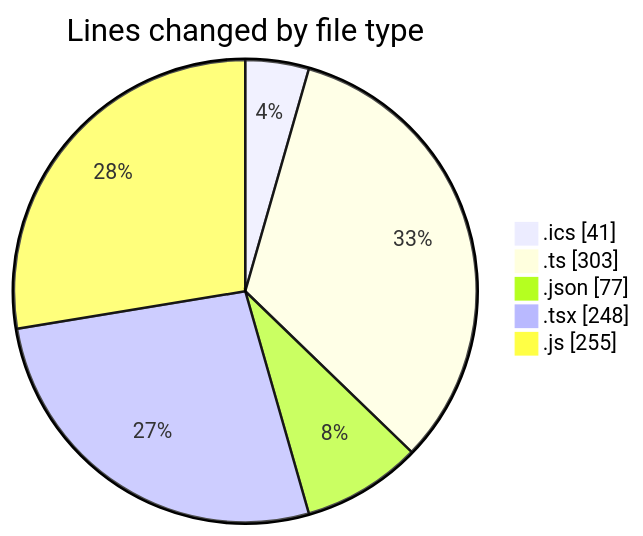
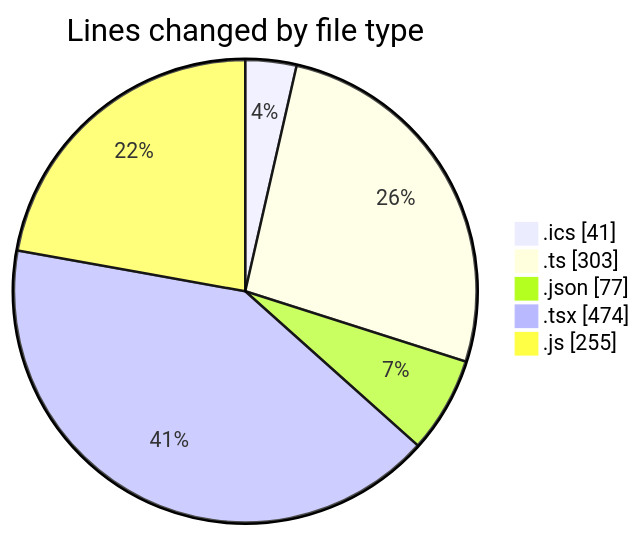
One commit to momahboobian/code-tracking changed the first of 2 diagrams in 2025-10-28/cda/README.md. Above: the diagram before and after it, drawn with Mermaid. The commit also changed other lines of this file and 1 other file, not shown here.

````diff
--- a/2025-10-28/cda/README.md
+++ b/2025-10-28/cda/README.md
@@ -29,9 +30,9 @@
 ```mermaid
 pie showData
 title Lines changed by file type
 ".ics" : 41
 ".ts" : 303
 ".json" : 77
-".tsx" : 248
+".tsx" : 474
 ".js" : 255
 ```
````
